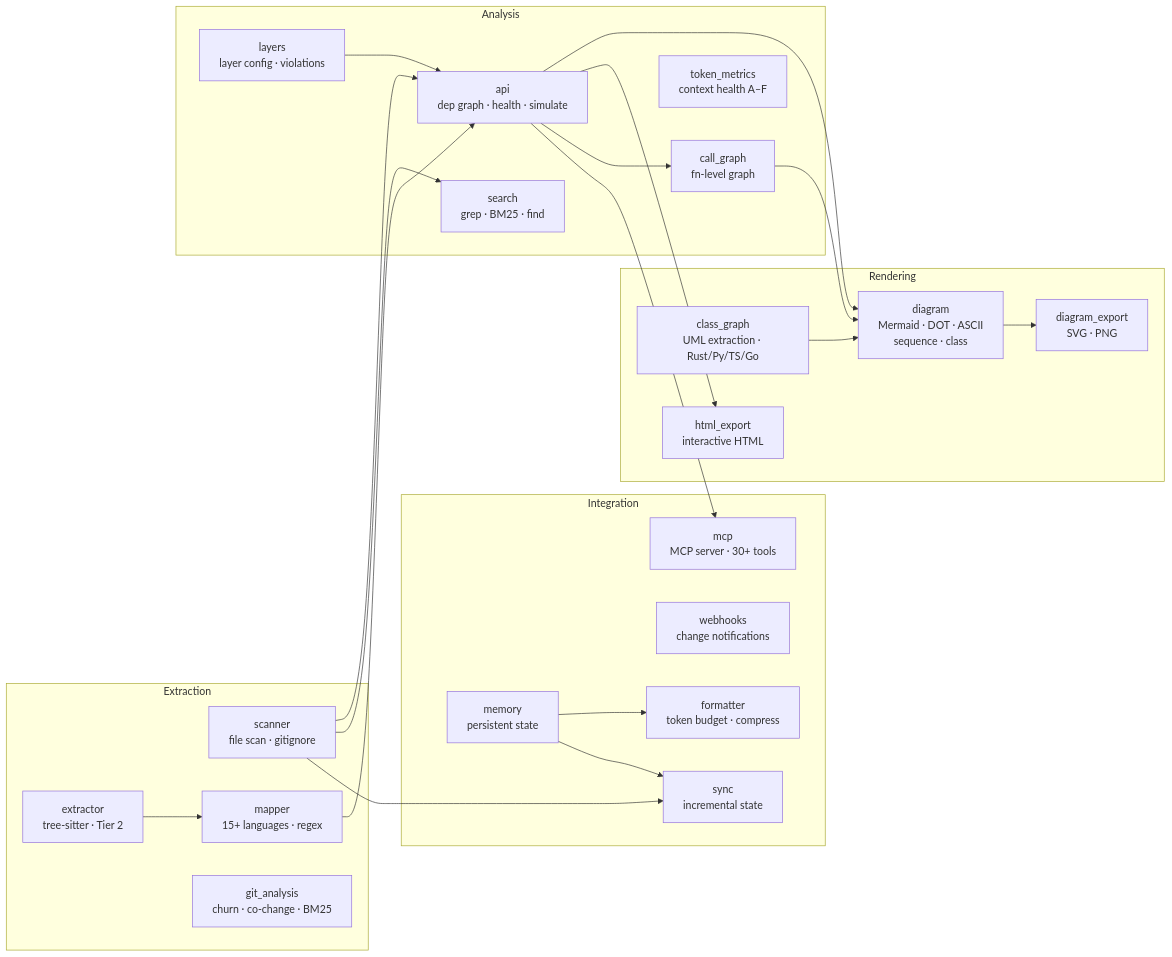
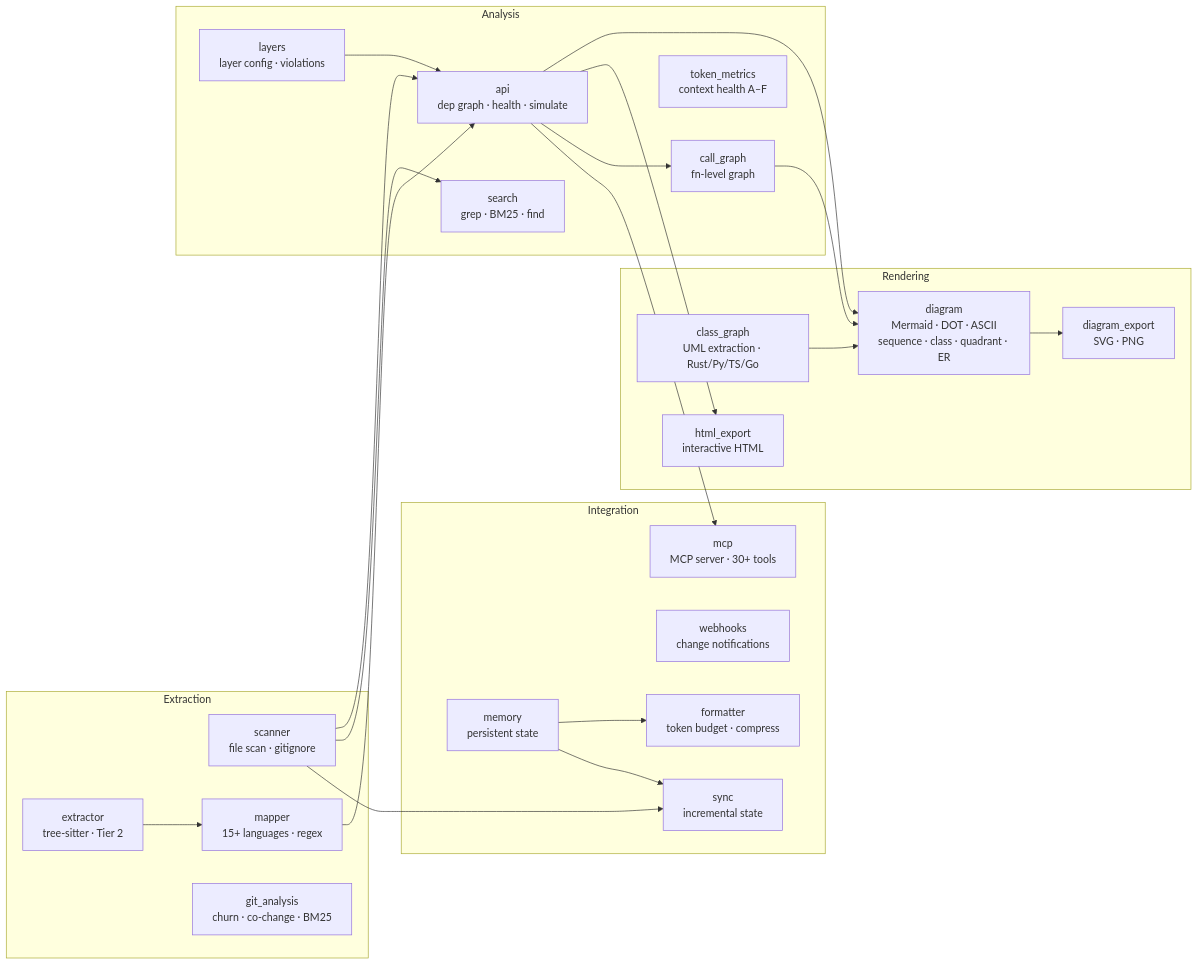
The fifth of 7 diagrams in README.md (SimplyLiz/CodeCartographer), drawn with Mermaid before and after one commit. The commit also changed other lines of this file, not shown here.

Commit message:
docs: update README to showcase quadrant and ER diagram formats

````diff
--- a/README.md
+++ b/README.md
@@ -263,49 +311,49 @@
 ```mermaid
 graph LR
     subgraph Extraction["Extraction"]
         scanner["scanner\nfile scan · gitignore"]
         mapper["mapper\n15+ languages · regex"]
         extractor["extractor\ntree-sitter · Tier 2"]
         git_analysis["git_analysis\nchurn · co-change · BM25"]
     end
 
     subgraph Analysis["Analysis"]
         api["api\ndep graph · health · simulate"]
         layers["layers\nlayer config · violations"]
         call_graph["call_graph\nfn-level graph"]
         search["search\ngrep · BM25 · find"]
         token_metrics["token_metrics\ncontext health A–F"]
     end
 
     subgraph Rendering["Rendering"]
-        diagram["diagram\nMermaid · DOT · ASCII\nsequence · class"]
+        diagram["diagram\nMermaid · DOT · ASCII\nsequence · class · quadrant · ER"]
         class_graph["class_graph\nUML extraction · Rust/Py/TS/Go"]
         html_export["html_export\ninteractive HTML"]
         diagram_export["diagram_export\nSVG · PNG"]
     end
 
     subgraph Integration["Integration"]
         mcp["mcp\nMCP server · 30+ tools"]
         webhooks["webhooks\nchange notifications"]
         sync["sync\nincremental state"]
         memory["memory\npersistent state"]
         formatter["formatter\ntoken budget · compress"]
     end
 
     extractor --> mapper
     mapper --> api
     layers --> api
     scanner --> api
     scanner --> search
     scanner --> sync
 
     api --> diagram
     api --> html_export
     api --> call_graph
     api --> mcp
     call_graph --> diagram
     class_graph --> diagram
     diagram --> diagram_export
     memory --> formatter
     memory --> sync
 ```
````
